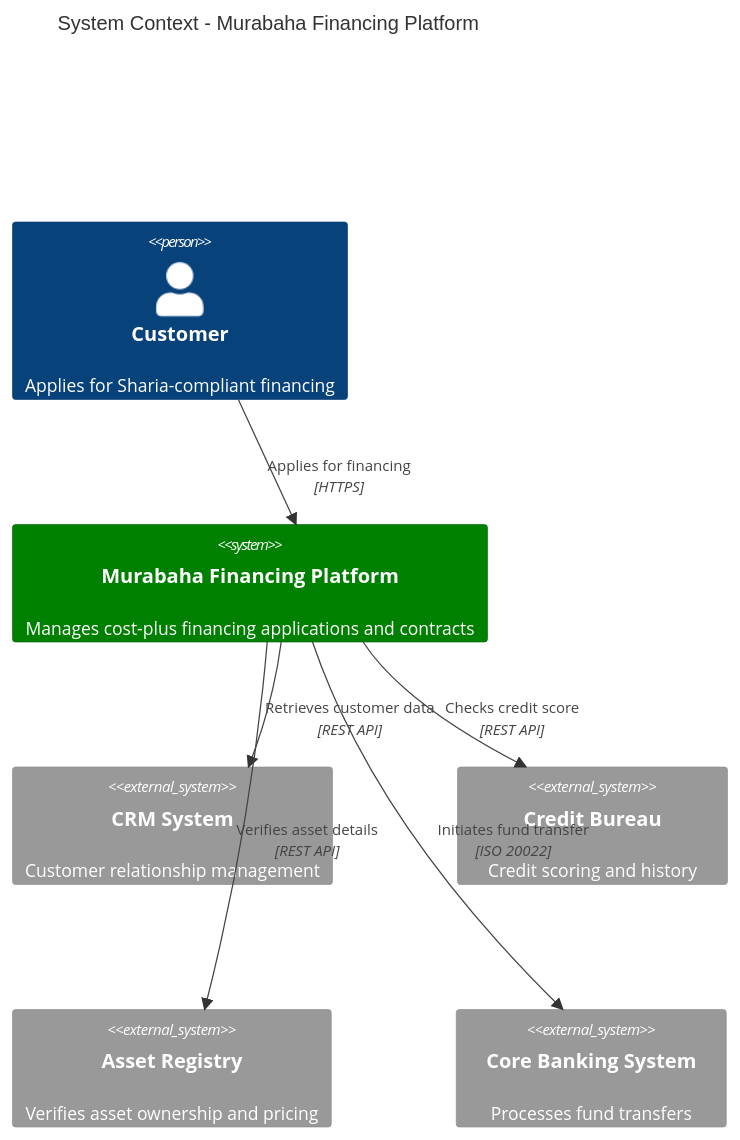
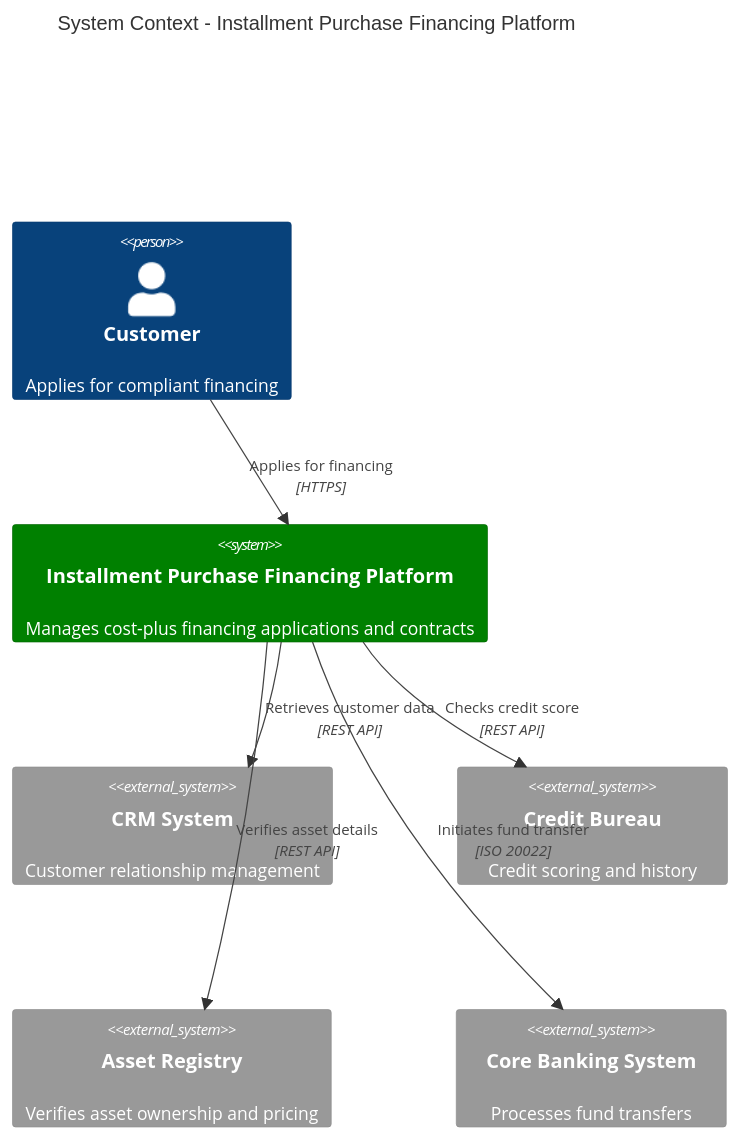
Before and after one commit to wahidyankf/open-sharia-enterprise: the seventh of 9 diagrams in docs/explanation/software/architecture/c4-architecture-model/ex-so-ar-c4armo__14-best-practices.md, drawn with Mermaid. The commit also changed other lines of this file and 94 other files, not shown here.

````diff
--- a/docs/explanation/software/architecture/c4-architecture-model/ex-so-ar-c4armo__14-best-practices.md
+++ b/docs/explanation/software/architecture/c4-architecture-model/ex-so-ar-c4armo__14-best-practices.md
@@ -446,21 +446,21 @@
 ```mermaid
 C4Context
-    title System Context - Murabaha Financing Platform
+    title System Context - Installment Purchase Financing Platform
 
-    Person(customer, "Customer", "Applies for Sharia-compliant financing")
+    Person(customer, "Customer", "Applies for compliant financing")
 
-    System(murabaha, "Murabaha Financing Platform", "Manages cost-plus financing applications and contracts")
+    System(loan, "Installment Purchase Financing Platform", "Manages cost-plus financing applications and contracts")
 
     System_Ext(crm, "CRM System", "Customer relationship management")
     System_Ext(credit, "Credit Bureau", "Credit scoring and history")
     System_Ext(asset, "Asset Registry", "Verifies asset ownership and pricing")
     System_Ext(bank, "Core Banking System", "Processes fund transfers")
 
-    Rel(customer, murabaha, "Applies for financing", "HTTPS")
-    Rel(murabaha, crm, "Retrieves customer data", "REST API")
-    Rel(murabaha, credit, "Checks credit score", "REST API")
-    Rel(murabaha, asset, "Verifies asset details", "REST API")
-    Rel(murabaha, bank, "Initiates fund transfer", "ISO 20022")
+    Rel(customer, loan, "Applies for financing", "HTTPS")
+    Rel(loan, crm, "Retrieves customer data", "REST API")
+    Rel(loan, credit, "Checks credit score", "REST API")
+    Rel(loan, asset, "Verifies asset details", "REST API")
+    Rel(loan, bank, "Initiates fund transfer", "ISO 20022")
 
-    UpdateElementStyle(murabaha, $fontColor="white", $bgColor="green", $borderColor="darkgreen")
+    UpdateElementStyle(loan, $fontColor="white", $bgColor="green", $borderColor="darkgreen")
 ```
````
